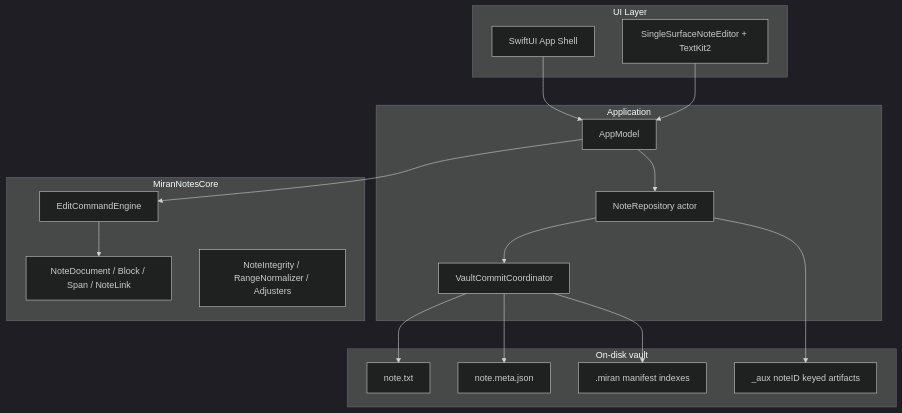
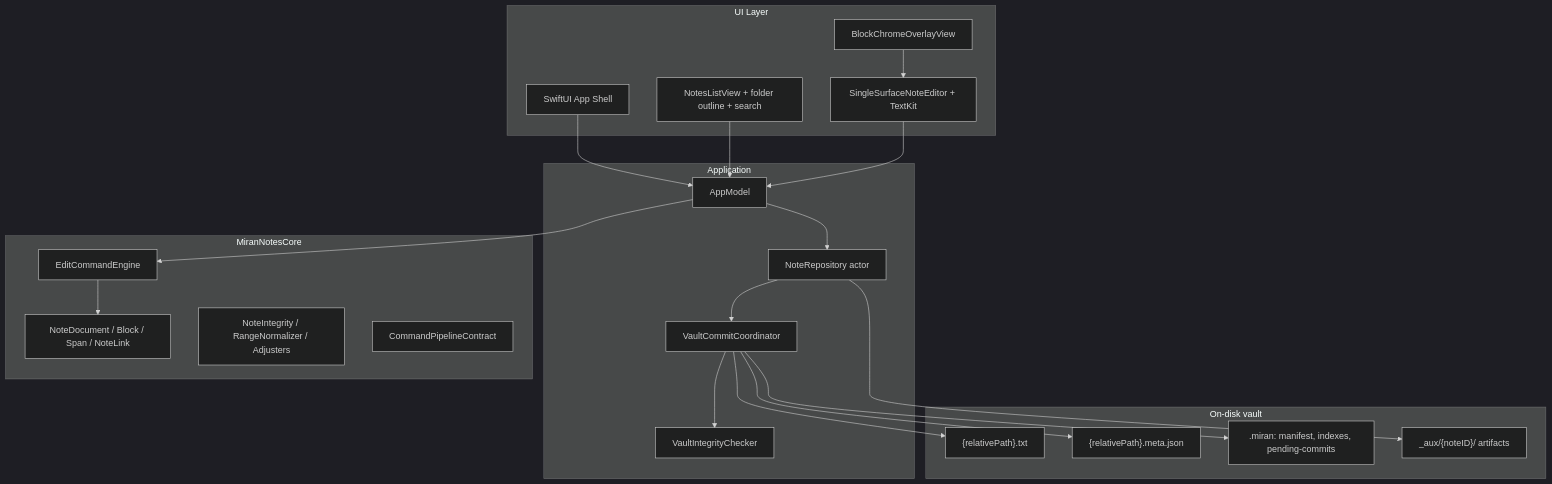
Before and after one commit to CodingwithAhmad1/miran-notes: the diagram in docs/investor-and-engineering-brief.md, drawn with Mermaid (dark theme). The commit also changed other lines of this file and 27 other files, not shown here.

````diff
--- a/docs/investor-and-engineering-brief.md
+++ b/docs/investor-and-engineering-brief.md
@@ -81,33 +94,40 @@
 ```mermaid
 flowchart TB
   subgraph ui [UI Layer]
     SwiftUI[SwiftUI App Shell]
-    Editor[SingleSurfaceNoteEditor + TextKit2]
+    Sidebar[NotesListView + folder outline + search]
+    Editor[SingleSurfaceNoteEditor + TextKit]
+    Chrome[BlockChromeOverlayView]
   end
   subgraph app [Application]
     AppModel[AppModel]
     Repo[NoteRepository actor]
     Commit[VaultCommitCoordinator]
+    Integrity[VaultIntegrityChecker]
   end
   subgraph core [MiranNotesCore]
     Doc[NoteDocument / Block / Span / NoteLink]
     Engine[EditCommandEngine]
-    Integrity[NoteIntegrity / RangeNormalizer / Adjusters]
+    IntegrityCore[NoteIntegrity / RangeNormalizer / Adjusters]
+    Pipeline[CommandPipelineContract]
   end
   subgraph disk [On-disk vault]
-    TXT[note.txt]
-    META[note.meta.json]
-    Miran[.miran manifest indexes]
-    Aux[_aux noteID keyed artifacts]
+    TXT["{relativePath}.txt"]
+    META["{relativePath}.meta.json"]
+    Miran[".miran: manifest, indexes, pending-commits"]
+    Aux["_aux/{noteID}/ artifacts"]
   end
   SwiftUI --> AppModel
+  Sidebar --> AppModel
   Editor --> AppModel
+  Chrome --> Editor
   AppModel --> Engine
   Engine --> Doc
   AppModel --> Repo
   Repo --> Commit
+  Commit --> Integrity
   Commit --> TXT
   Commit --> META
   Commit --> Miran
   Repo --> Aux
 ```
````
